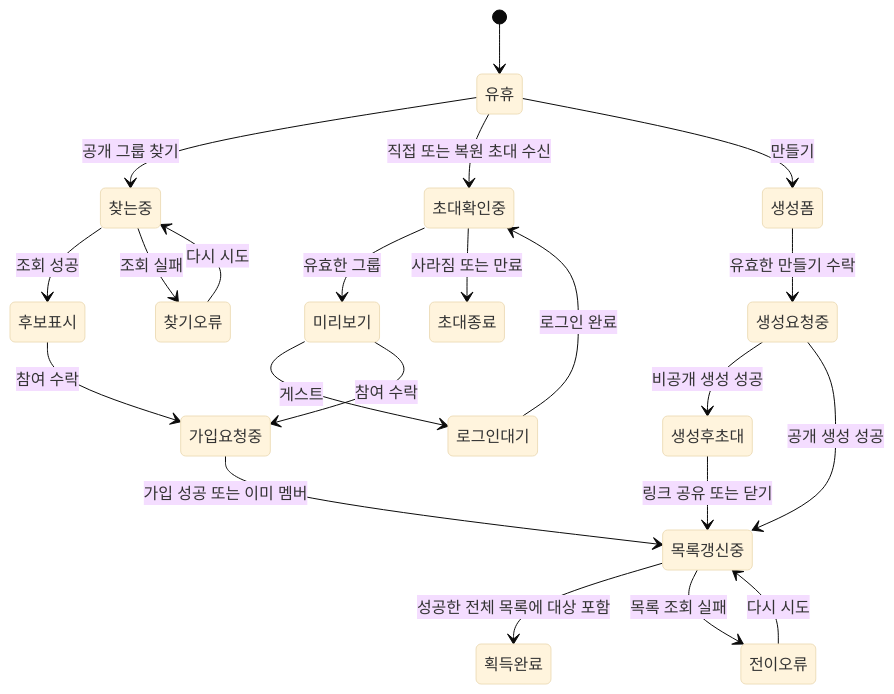
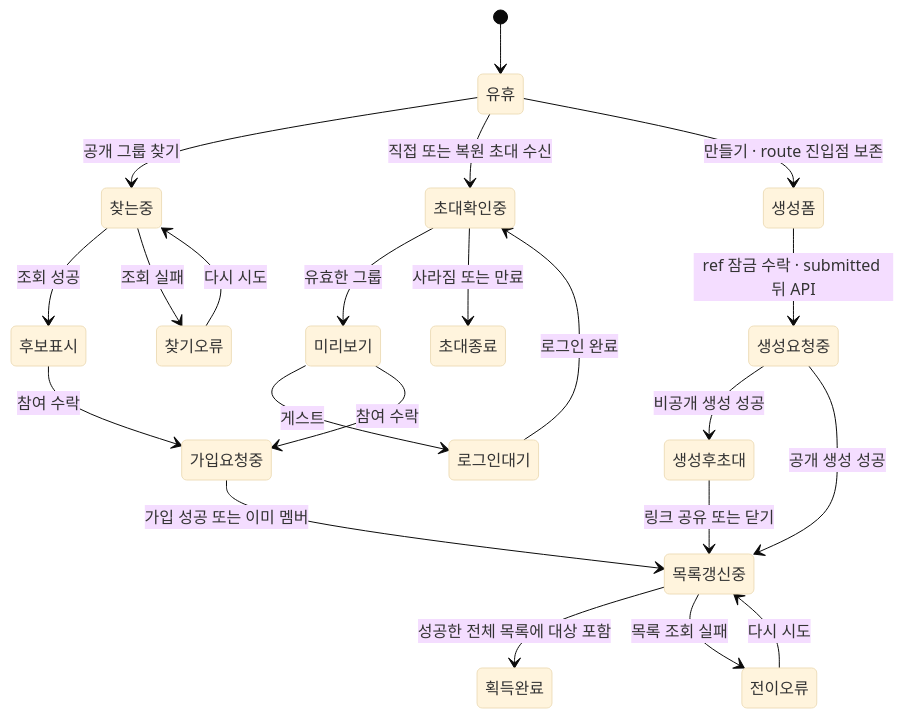
One commit to OneOrThree/phone changed the first of 3 diagrams in docs/prd/group/features/01-acquisition/low-level-design.md. Above: the diagram before and after it, drawn with Mermaid (base theme). The commit also changed other lines of this file and 5 other files, not shown here.

````diff
--- a/docs/prd/group/features/01-acquisition/low-level-design.md
+++ b/docs/prd/group/features/01-acquisition/low-level-design.md
@@ -12,27 +12,27 @@
 ```mermaid
 stateDiagram-v2
     [*] --> 유휴
     유휴 --> 찾는중: 공개 그룹 찾기
     찾는중 --> 후보표시: 조회 성공
     찾는중 --> 찾기오류: 조회 실패
     찾기오류 --> 찾는중: 다시 시도
 
     유휴 --> 초대확인중: 직접 또는 복원 초대 수신
     초대확인중 --> 미리보기: 유효한 그룹
     초대확인중 --> 초대종료: 사라짐 또는 만료
     미리보기 --> 로그인대기: 게스트
     로그인대기 --> 초대확인중: 로그인 완료
 
-    유휴 --> 생성폼: 만들기
-    생성폼 --> 생성요청중: 유효한 만들기 수락
+    유휴 --> 생성폼: 만들기 · route 진입점 보존
+    생성폼 --> 생성요청중: ref 잠금 수락 · submitted 뒤 API
 
     후보표시 --> 가입요청중: 참여 수락
     미리보기 --> 가입요청중: 참여 수락
     가입요청중 --> 목록갱신중: 가입 성공 또는 이미 멤버
     생성요청중 --> 생성후초대: 비공개 생성 성공
     생성요청중 --> 목록갱신중: 공개 생성 성공
     생성후초대 --> 목록갱신중: 링크 공유 또는 닫기
     목록갱신중 --> 획득완료: 성공한 전체 목록에 대상 포함
     목록갱신중 --> 전이오류: 목록 조회 실패
     전이오류 --> 목록갱신중: 다시 시도
 ```
````
